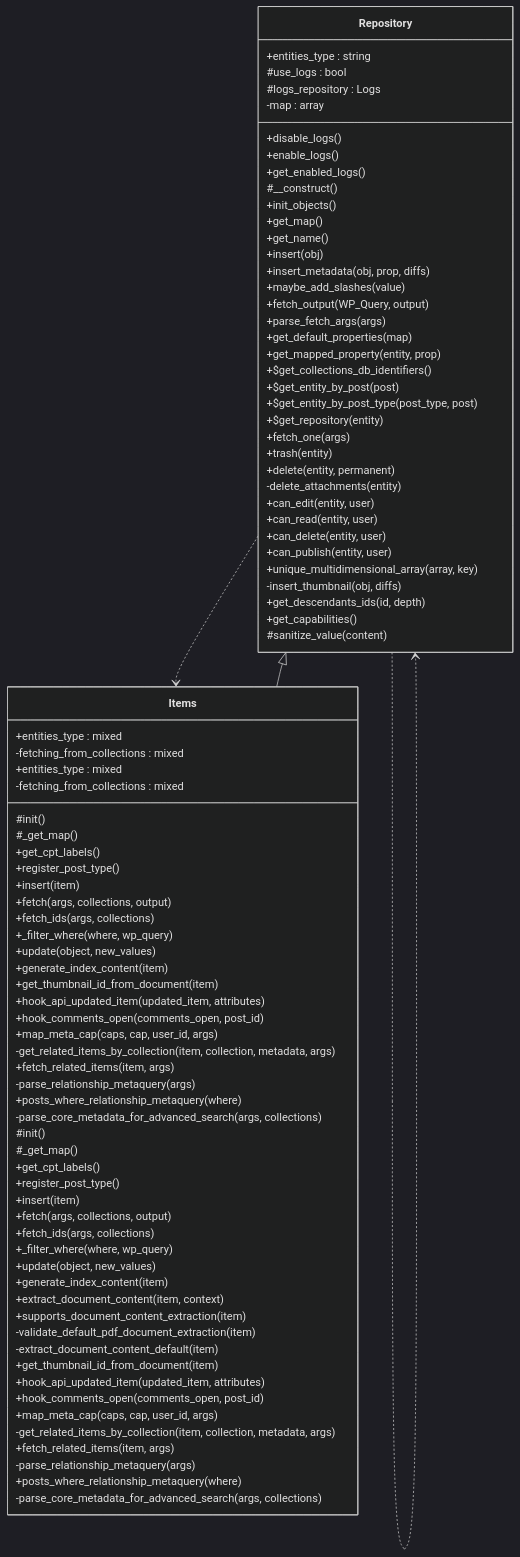
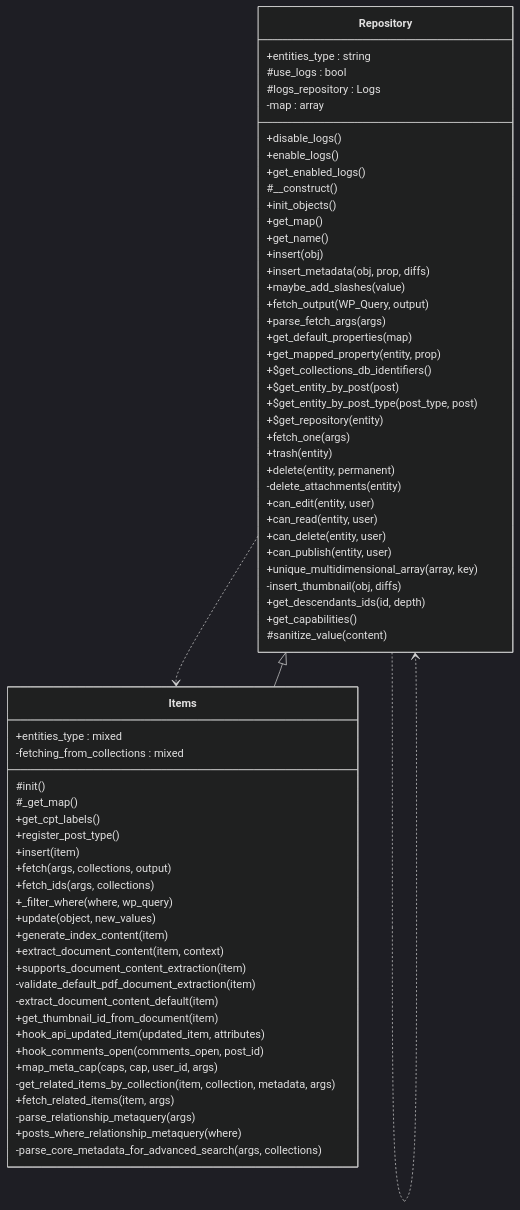
The diagram in docs/phpdoc/classes/Tainacan/Repositories/Items.md (tainacan/tainacan), drawn with Mermaid (dark theme) before and after one commit. The commit also changed 61 other files, not shown here.

````diff
--- a/docs/phpdoc/classes/Tainacan/Repositories/Items.md
+++ b/docs/phpdoc/classes/Tainacan/Repositories/Items.md
@@ -15,29 +15,6 @@
 ```mermaid
 classDiagram
     direction TB
-    class Items {
-        +entities_type : mixed
-        -fetching_from_collections : mixed
-        #init()
-        #_get_map()
-        +get_cpt_labels()
-        +register_post_type()
-        +insert(item)
-        +fetch(args, collections, output)
-        +fetch_ids(args, collections)
-        +_filter_where(where, wp_query)
-        +update(object, new_values)
-        +generate_index_content(item)
-        +get_thumbnail_id_from_document(item)
-        +hook_api_updated_item(updated_item, attributes)
-        +hook_comments_open(comments_open, post_id)
-        +map_meta_cap(caps, cap, user_id, args)
-        -get_related_items_by_collection(item, collection, metadata, args)
-        +fetch_related_items(item, args)
-        -parse_relationship_metaquery(args)
-        +posts_where_relationship_metaquery(where)
-        -parse_core_metadata_for_advanced_search(args, collections)
-    }
     class Repository {
         +entities_type : string
         #use_logs : bool
````
